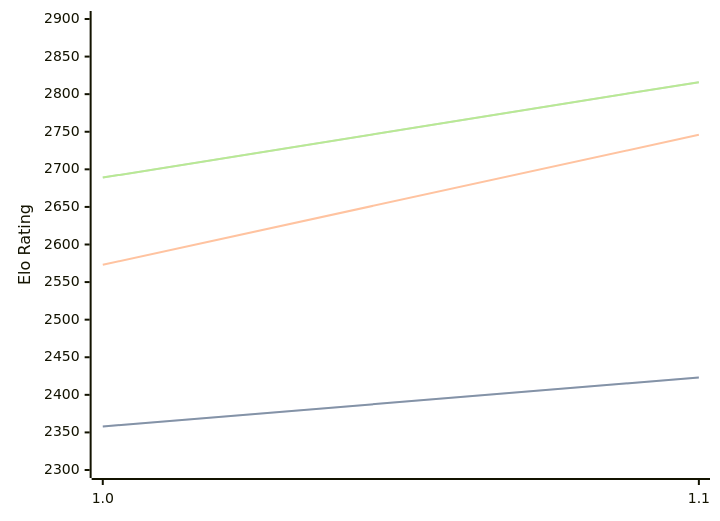
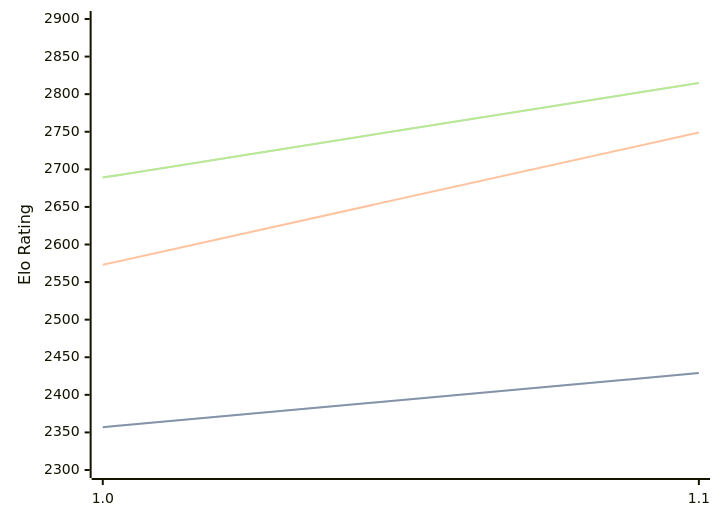
Before and after one commit to computer-chess-index/cci: the diagram in engines/FoxChess.md, drawn with Mermaid. The commit also changed other lines of this file, not shown here.

Commit message:
Update CCI Ratings (ELO VLTC) - 2026-04-28

````diff
--- a/engines/FoxChess.md
+++ b/engines/FoxChess.md
@@ -32,11 +32,11 @@
 ```mermaid
 %%{init: {"theme":"base","themeVariables":{"seriesColors:['#a3a3a3','#222221','#faa371']}}}%%
 xychart-beta
   x-axis ["1.0", "1.1"]
   y-axis "Elo Rating" 2300 --> 2900
-  line "STC (8.0+0.08s)" [2358, 2423]
-  line "STC (8.0+0.08s)" [2358, 2423]
-  line "LTC (60.0+0.60s)" [2573, 2746]
-  line "VLTC (2m24s+1.12s)" [2689, 2816]
-  line "VLTC (2m24s+1.12s)" [2689, 2816]
+  line "STC (8.0+0.08s)" [2357, 2429]
+  line "STC (8.0+0.08s)" [2357, 2429]
+  line "LTC (60.0+0.60s)" [2573, 2749]
+  line "VLTC (2m24s+1.12s)" [2689, 2815]
+  line "VLTC (2m24s+1.12s)" [2689, 2815]
 ```
````
